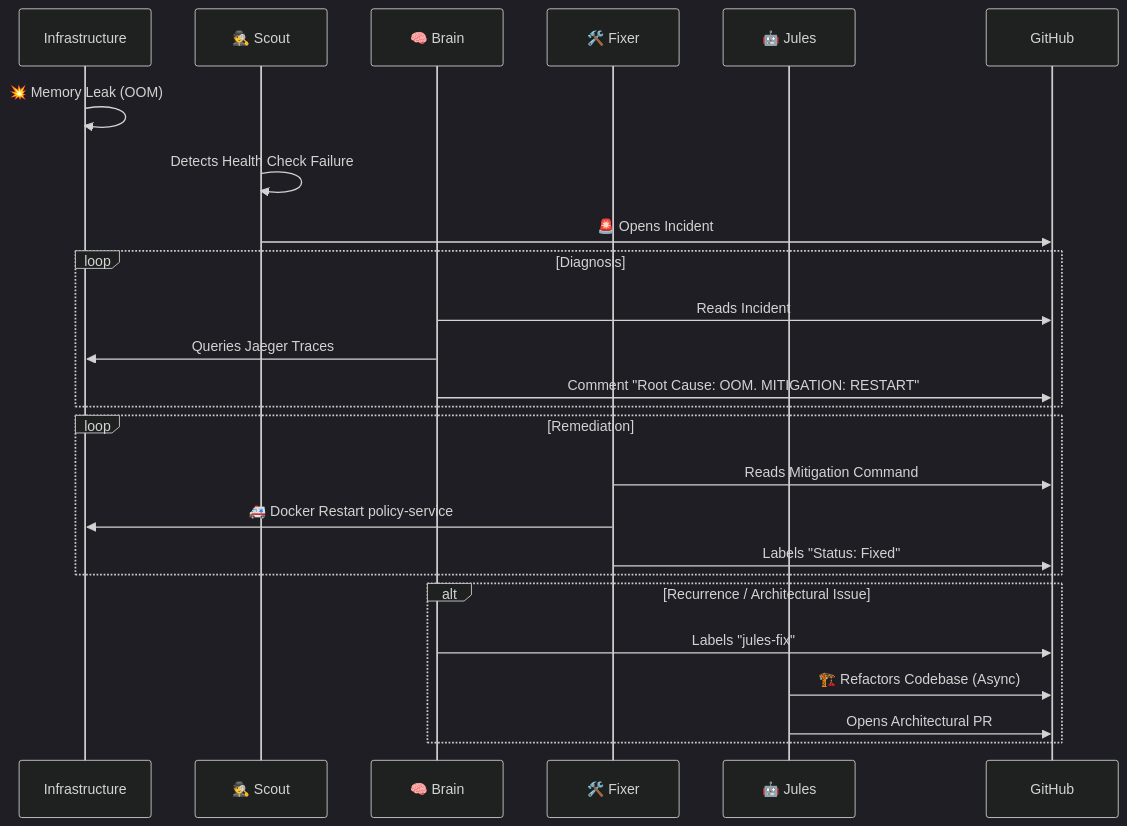
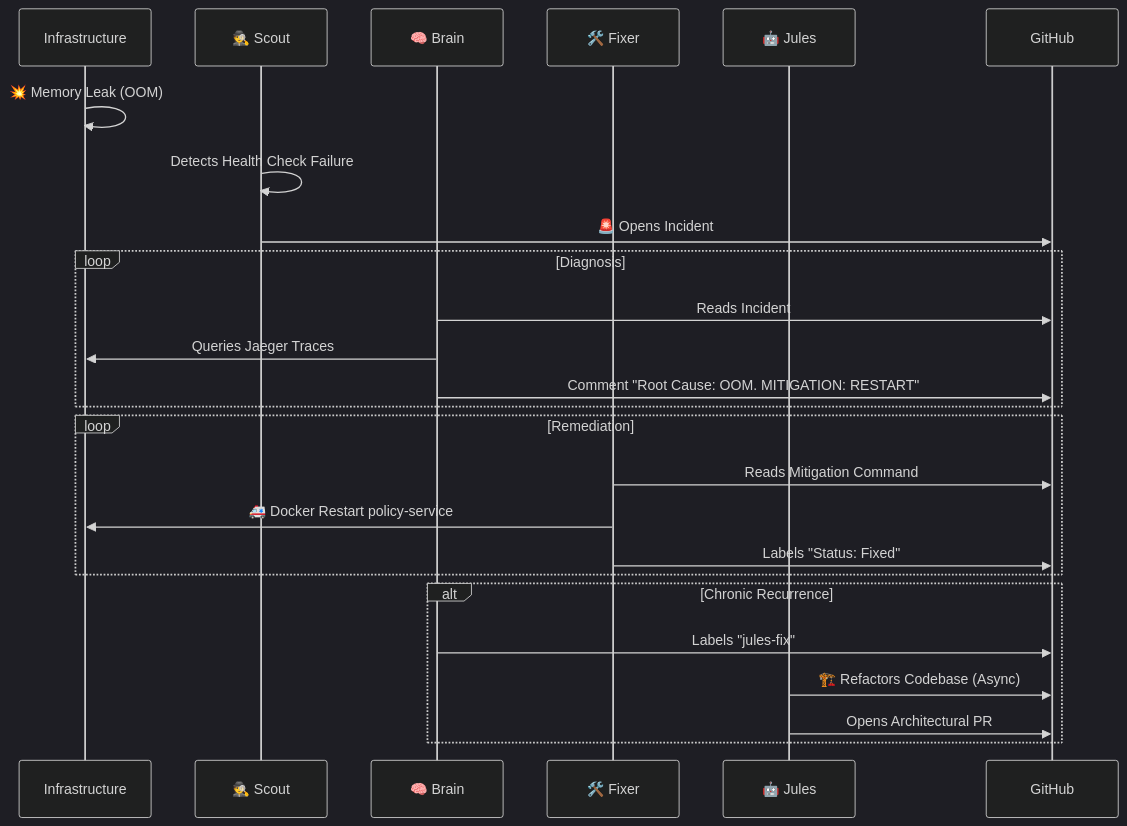
The second of 2 diagrams in README.md (mohammedsalmanj/sre.space-cp), drawn with Mermaid (dark theme) before and after one commit. The commit also changed other lines of this file, not shown here.

````diff
--- a/README.md
+++ b/README.md
@@ -76,30 +86,30 @@
 ```mermaid
 sequenceDiagram
     participant Sys as Infrastructure
     participant Scout as 🕵️ Scout
     participant Brain as 🧠 Brain
     participant Fixer as 🛠️ Fixer
     participant Jules as 🤖 Jules
 
     Sys->>Sys: 💥 Memory Leak (OOM)
     Scout->>Scout: Detects Health Check Failure
     Scout->>GitHub: 🚨 Opens Incident #142
 
     loop Diagnosis
         Brain->>GitHub: Reads Incident
         Brain->>Sys: Queries Jaeger Traces
         Brain->>GitHub: Comment "Root Cause: OOM. MITIGATION: RESTART"
     end
 
     loop Remediation
         Fixer->>GitHub: Reads Mitigation Command
         Fixer->>Sys: 🚑 Docker Restart policy-service
         Fixer->>GitHub: Labels "Status: Fixed"
     end
 
-    alt Recurrence / Architectural Issue
+    alt Chronic Recurrence
         Brain->>GitHub: Labels "jules-fix"
         Jules->>GitHub: 🏗️ Refactors Codebase (Async)
         Jules->>GitHub: Opens Architectural PR
     end
 ```
````
